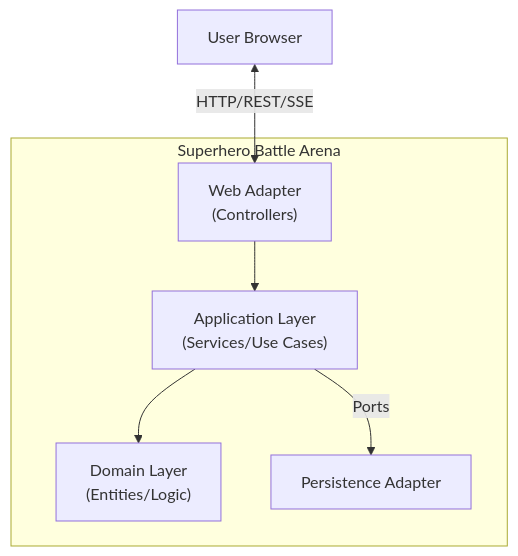
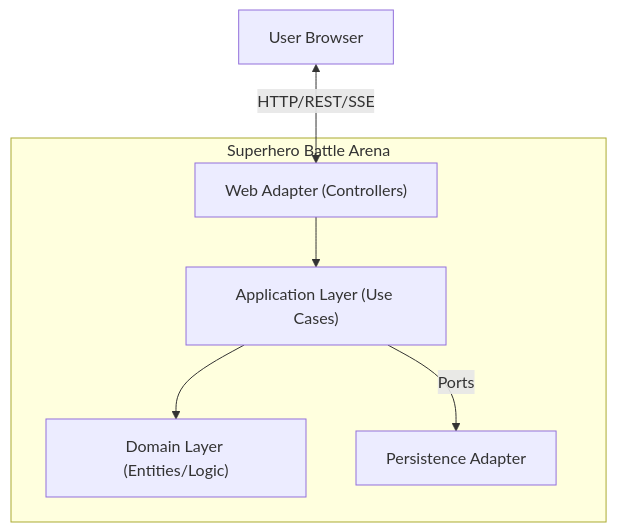
Before and after one commit to anyulled/superhero-battle-arena: the first of 6 diagrams in README.md, drawn with Mermaid. The commit also changed other lines of this file, not shown here.

Commit message:
docs: Update README with squad submission phase, detailed battle flow, refined domain model, and new command-line tools.

````diff
--- a/README.md
+++ b/README.md
@@ -94,16 +96,16 @@
 ```mermaid
 graph TD
     User[User Browser]
     
     subgraph "Superhero Battle Arena"
-        Web["Web Adapter\n(Controllers)"]
-        App["Application Layer\n(Services/Use Cases)"]
-        Domain["Domain Layer\n(Entities/Logic)"]
+        Web["Web Adapter (Controllers)"]
+        App["Application Layer (Use Cases)"]
+        Domain["Domain Layer (Entities/Logic)"]
         Persist[Persistence Adapter]
     end
     
     User <-->|HTTP/REST/SSE| Web
     Web --> App
     App --> Domain
     App -->|Ports| Persist
 ```
````
